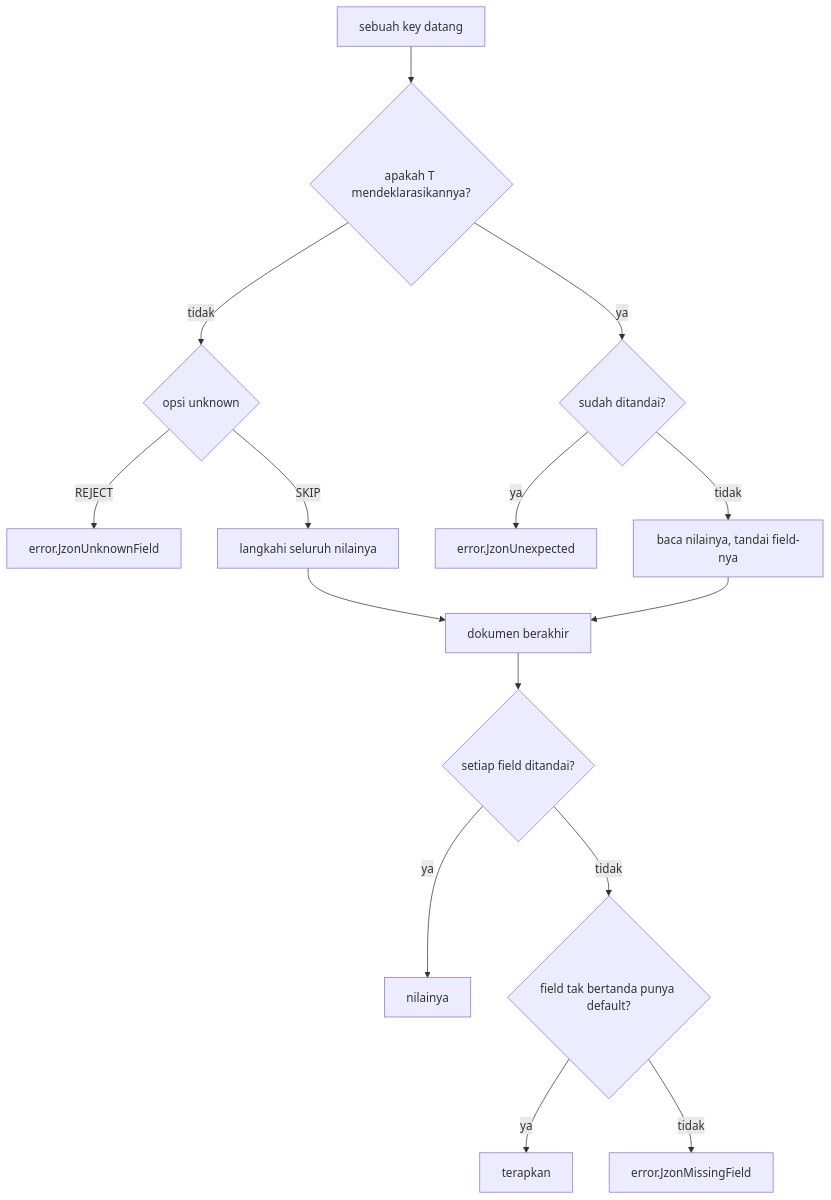
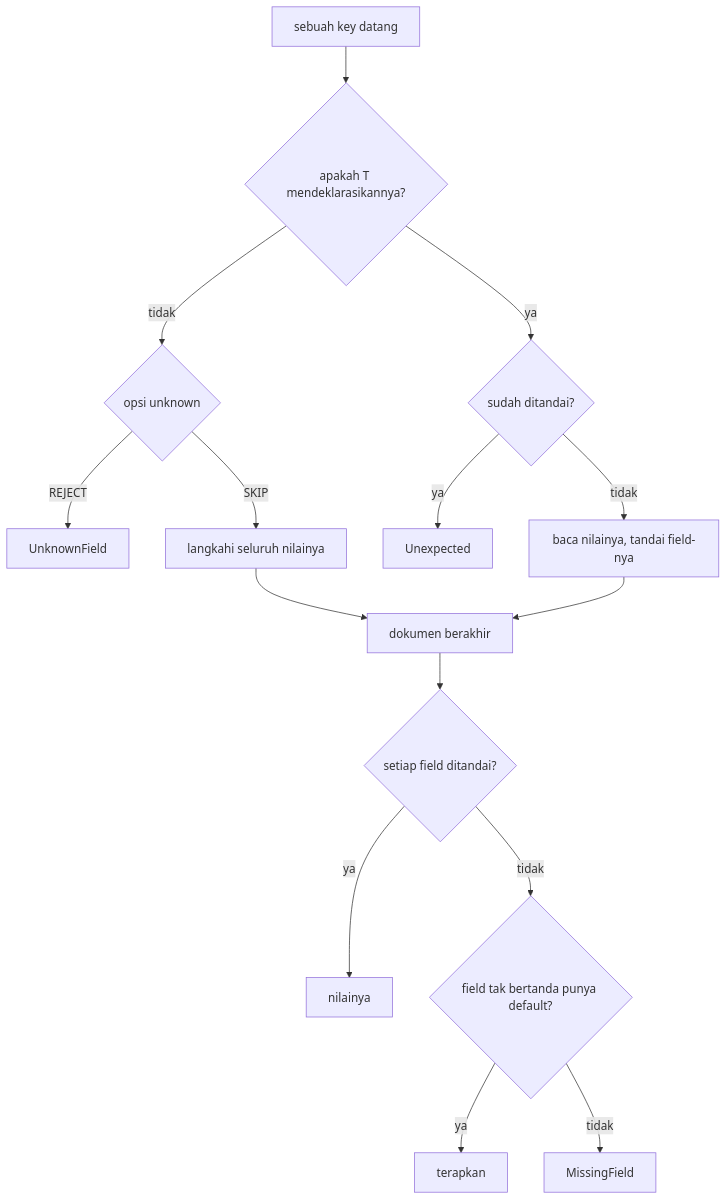
Before and after one commit to prothegee/zix: the diagram in src/jzon/docs/lld-id.md, drawn with Mermaid. The commit also changed other lines of this file, not shown here.

First line of the commit message:
add the ZON internals to the jzon lld

````diff
--- a/src/jzon/docs/lld-id.md
+++ b/src/jzon/docs/lld-id.md
@@ -133,17 +132,17 @@
 ```mermaid
 flowchart TB
     key[sebuah key datang] --> known{apakah T mendeklarasikannya?}
     known -- tidak --> unknown{opsi unknown}
-    unknown -- REJECT --> uf[error.JzonUnknownField]
+    unknown -- REJECT --> uf[UnknownField]
     unknown -- SKIP --> step[langkahi seluruh nilainya]
     known -- ya --> seen{sudah ditandai?}
-    seen -- ya --> dup[error.JzonUnexpected]
+    seen -- ya --> dup[Unexpected]
     seen -- tidak --> read[baca nilainya, tandai field-nya]
     read --> done[dokumen berakhir]
     step --> done
     done --> fill{setiap field ditandai?}
     fill -- ya --> ok[nilainya]
     fill -- tidak --> def{field tak bertanda punya default?}
     def -- ya --> apply[terapkan]
-    def -- tidak --> mf[error.JzonMissingField]
+    def -- tidak --> mf[MissingField]
 ```
````
